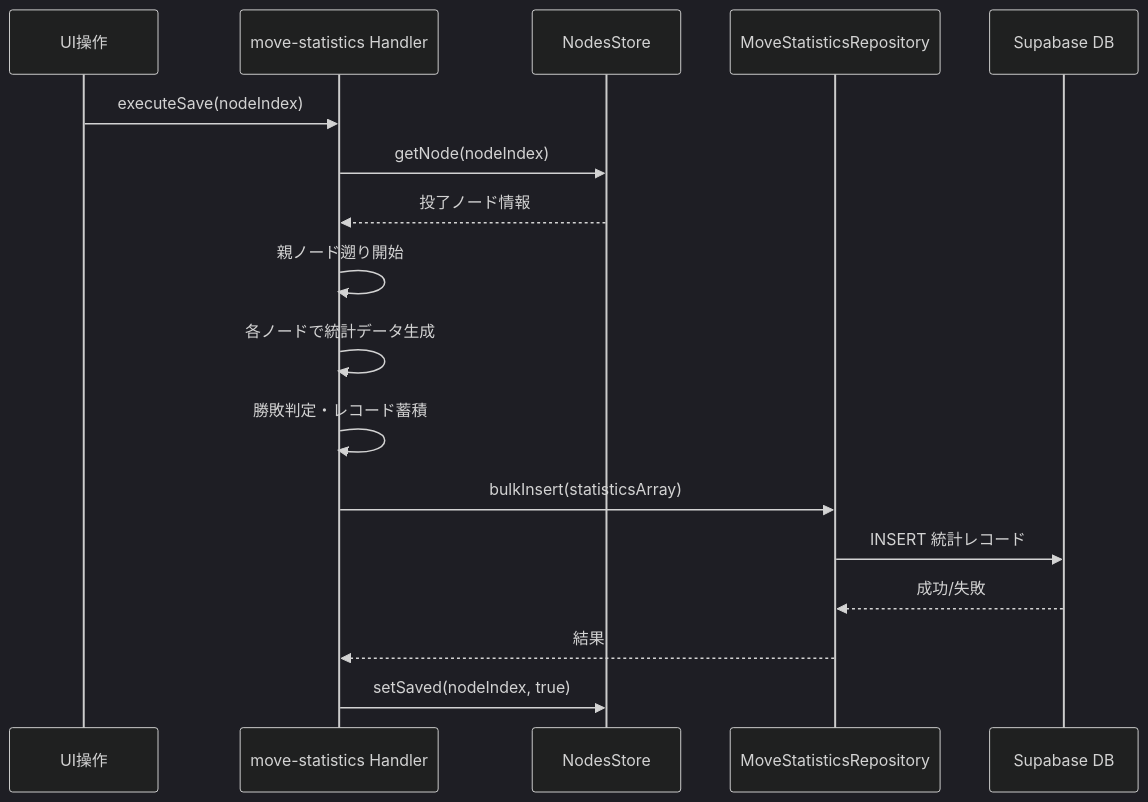
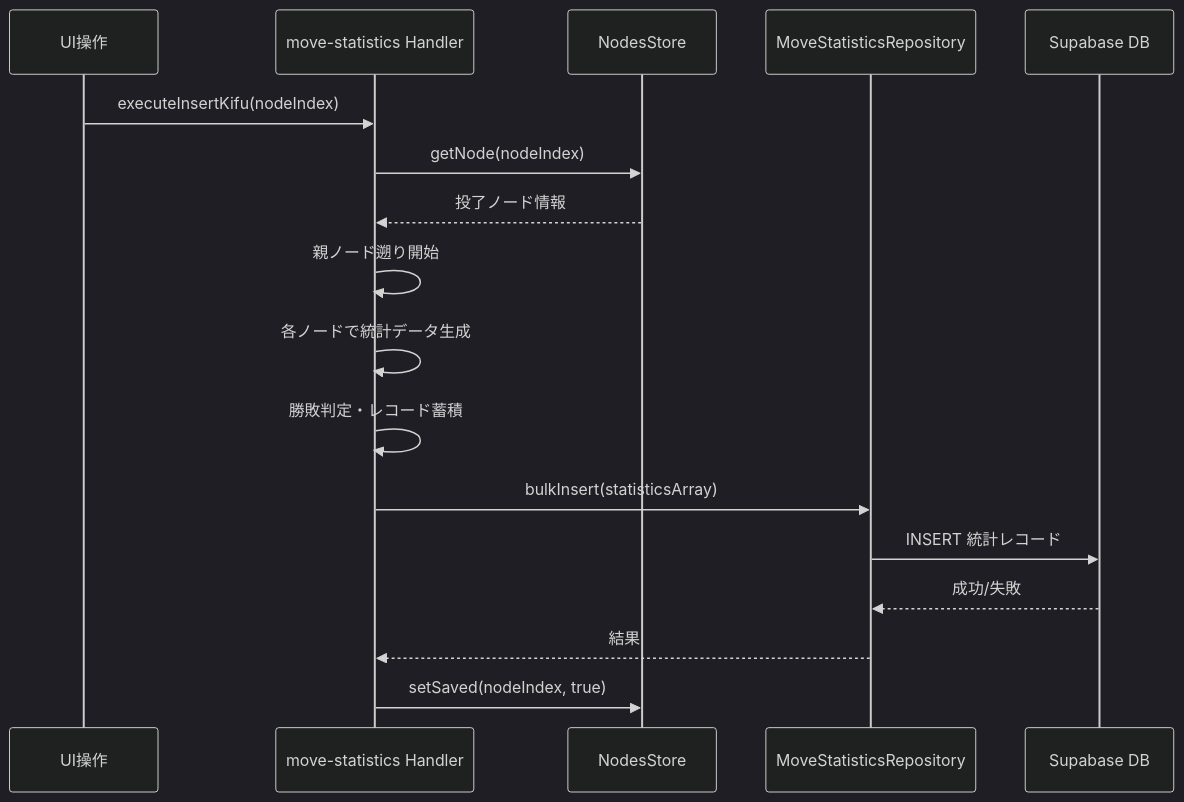
One commit to hashiryo/SvelteShogi changed the second of 7 diagrams in .qoder/quests/move-statistics-record-creation.md. Above: the diagram before and after it, drawn with Mermaid (dark theme). The commit also changed other lines of this file and 7 other files, not shown here.

Commit message:
refactor: rename kifu import functionality to insert kifu across scripts, workflows, and UI.

````diff
--- a/.qoder/quests/move-statistics-record-creation.md
+++ b/.qoder/quests/move-statistics-record-creation.md
@@ -42,20 +42,20 @@
 ```mermaid
 sequenceDiagram
     participant UI as UI操作
     participant Handler as move-statistics Handler
     participant Store as NodesStore
     participant Repo as MoveStatisticsRepository
     participant DB as Supabase DB
 
-    UI->>Handler: executeSave(nodeIndex)
+    UI->>Handler: executeInsertKifu(nodeIndex)
     Handler->>Store: getNode(nodeIndex)
     Store-->>Handler: 投了ノード情報
     Handler->>Handler: 親ノード遡り開始
     Handler->>Handler: 各ノードで統計データ生成
     Handler->>Handler: 勝敗判定・レコード蓄積
     Handler->>Repo: bulkInsert(statisticsArray)
     Repo->>DB: INSERT 統計レコード
     DB-->>Repo: 成功/失敗
     Repo-->>Handler: 結果
     Handler->>Store: setSaved(nodeIndex, true)
 ```
````
